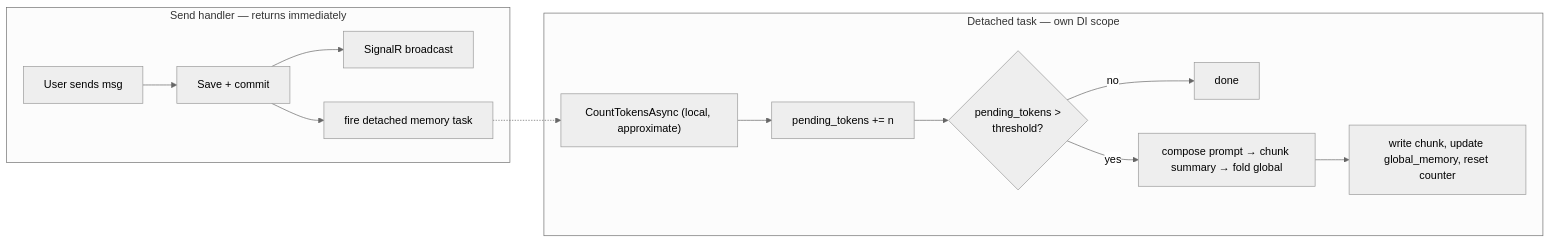
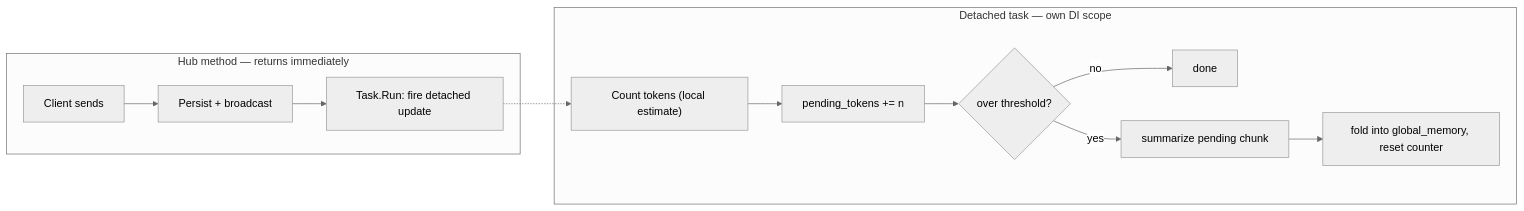
One commit to phanxuanquang/jetomax-assignment changed the fifth of 5 diagrams in docs/backend-system-design-and-architecture.md. Above: the diagram before and after it, drawn with Mermaid (neutral theme). The commit also changed other lines of this file and 5 other files, not shown here.

````diff
--- a/docs/backend-system-design-and-architecture.md
+++ b/docs/backend-system-design-and-architecture.md
@@ -273,16 +269,15 @@
 ```mermaid
 flowchart LR
-    subgraph Send["Send handler — returns immediately"]
-        Msg["User sends msg"] --> Save["Save + commit"]
-        Save --> BC["SignalR broadcast"]
-        Save --> Fire["fire detached memory task"]
+    subgraph Send["Hub method — returns immediately"]
+        Msg["Client sends"] --> Save["Persist + broadcast"]
+        Save --> Fire["Task.Run: fire detached update"]
     end
     subgraph Detached["Detached task — own DI scope"]
-        Fire -.-> Count["CountTokensAsync (local, approximate)"]
+        Fire -.-> Count["Count tokens (local estimate)"]
         Count --> Add["pending_tokens += n"]
-        Add --> Chk{"pending_tokens ><br/>threshold?"}
+        Add --> Chk{"over threshold?"}
         Chk -->|no| Stop["done"]
-        Chk -->|yes| Sum["compose prompt → chunk summary → fold global"]
-        Sum --> Adv["write chunk, update global_memory, reset counter"]
+        Chk -->|yes| Sum["summarize pending chunk"]
+        Sum --> Fold["fold into global_memory, reset counter"]
     end
 ```
````
